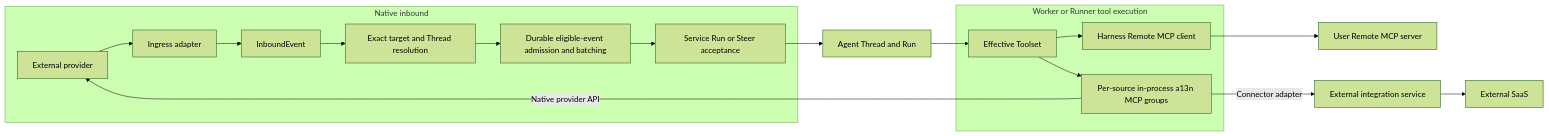
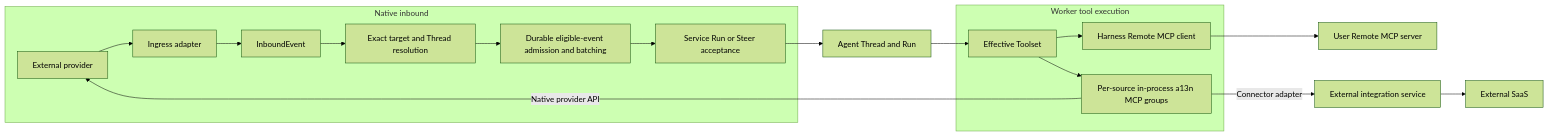
The diagram in spec/a13n-service/40-connectivity/00-overview.md (LTThreeComma/agent-foundation), drawn with Mermaid (forest theme) before and after one commit. The commit also changed other lines of this file and 157 other files, not shown here.

````diff
--- a/spec/a13n-service/40-connectivity/00-overview.md
+++ b/spec/a13n-service/40-connectivity/00-overview.md
@@ -68,25 +68,25 @@
 ```mermaid
 flowchart LR
     subgraph Inbound[Native inbound]
         Provider[External provider] --> IngressAdapter[Ingress adapter]
         IngressAdapter --> Event[InboundEvent]
         Event --> Route[Exact target and Thread resolution]
         Route --> Admission[Durable eligible-event admission and batching]
         Admission --> Input[Service Run or Steer acceptance]
     end
 
     Input --> Run[Agent Thread and Run]
 
-    subgraph AgentTools[Worker or Runner tool execution]
+    subgraph AgentTools[Worker tool execution]
         Toolset[Effective Toolset]
         A13nMCP[Per-source in-process a13n MCP groups]
         RemoteClient[Harness Remote MCP client]
         Toolset --> A13nMCP
         Toolset --> RemoteClient
     end
 
     Run --> Toolset
     RemoteClient --> RemoteMCP[User Remote MCP server]
     A13nMCP -->|Native provider API| Provider
     A13nMCP -->|Connector adapter| ConnectorService[External integration service] --> SaaS[External SaaS]
 ```
````
